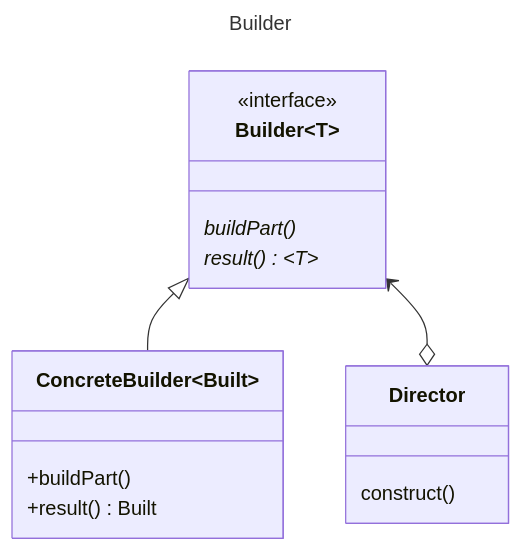
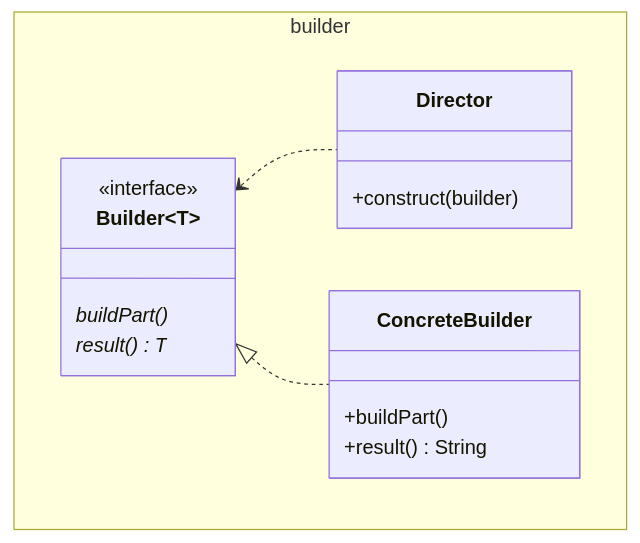
One commit to mtrigueira/JGoF changed the diagram in src/main/java/org/example/gof/creation/builder/Builder.md. Above: the diagram before and after it, drawn with Mermaid. The commit also changed other lines of this file and 1 other file, not shown here.

Commit message:
Edit Builder.md add related patterns

````diff
--- a/src/main/java/org/example/gof/creation/builder/Builder.md
+++ b/src/main/java/org/example/gof/creation/builder/Builder.md
@@ -1,21 +3,20 @@
 ```mermaid
----
-title: Builder
----
 classDiagram
-    class Builder~T~ {
-        <<interface>>
-        buildPart()*
-        result() ~T~*
+    namespace builder {
+        class Builder~T~ {
+            <<interface>>
+            buildPart()*
+            result() T*
+        }
+        class ConcreteBuilder {
+            +buildPart()
+            +result() String
+        }
+        class Director {
+            +construct(builder)
+        }
     }
-    class ConcreteBuilder~Built~ {
-        +buildPart()
-        +result() Built
-    }
-    class Director {
-        construct()
-    }
+    Builder <.. Director
+    Builder <|.. ConcreteBuilder
 
-    Builder <|-- ConcreteBuilder
-    Builder <--o Director
 ```
````
